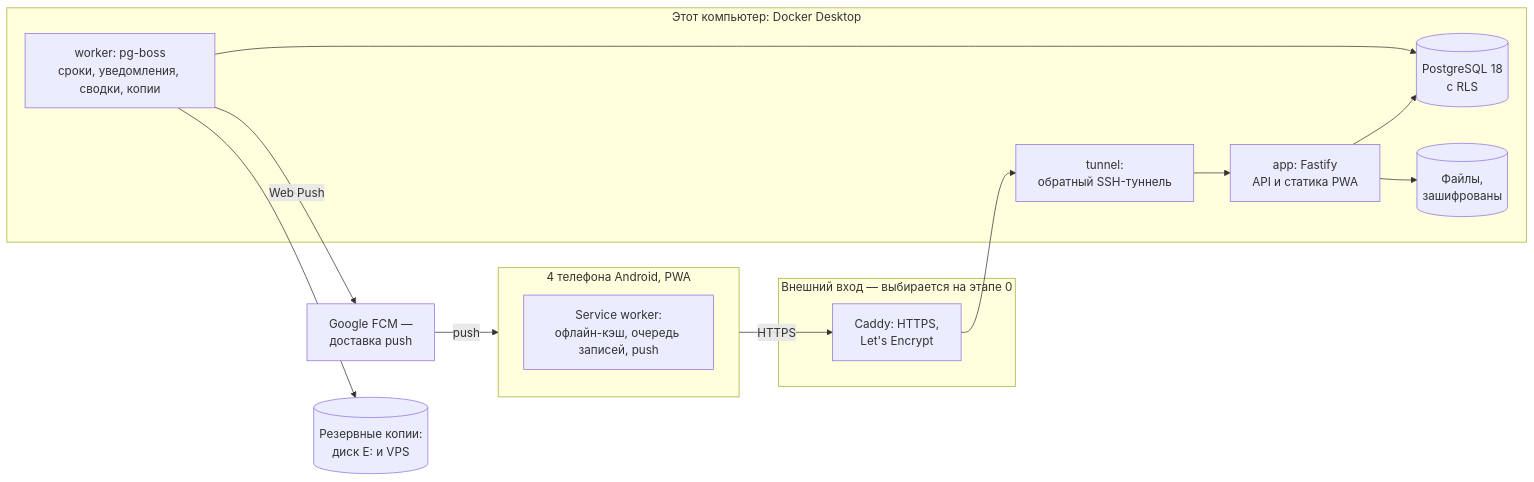
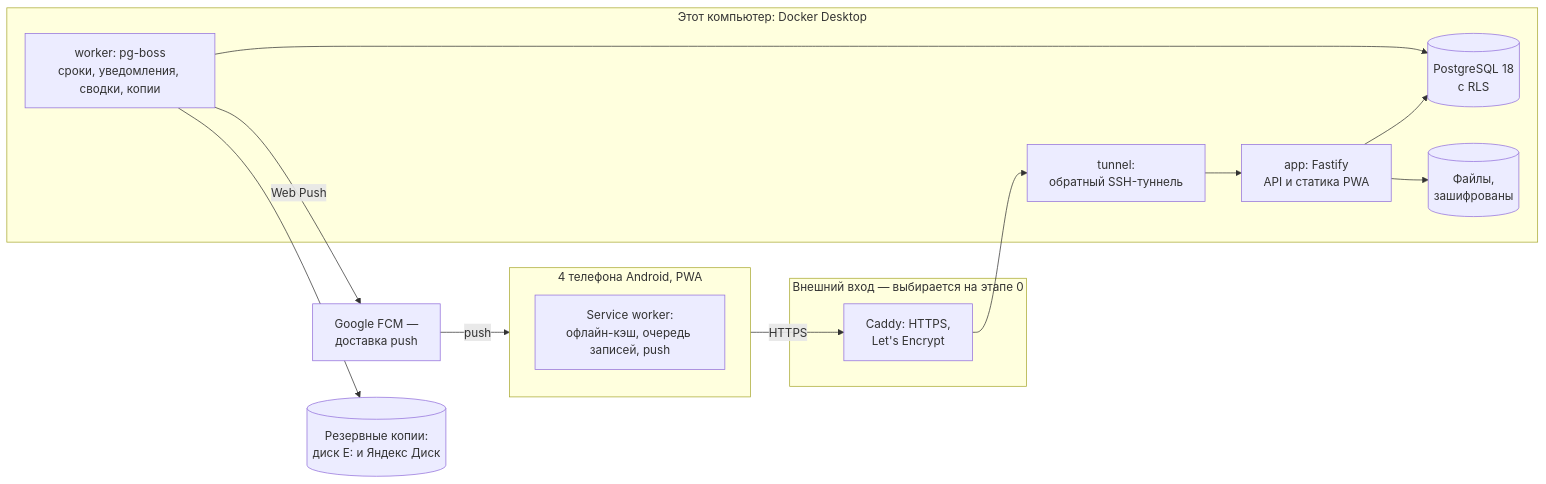
The diagram in docs/03-dev-plan.md (gidraq-jpg/HomeCRM), drawn with Mermaid before and after one commit. The commit also changed other lines of this file and 18 other files, not shown here.

First line of the commit message:
R0.11: Яндекс Диск вместо Google Диска как второе место копий

````diff
--- a/docs/03-dev-plan.md
+++ b/docs/03-dev-plan.md
@@ -65,24 +65,24 @@
 ```mermaid
 flowchart LR
   subgraph Phones["4 телефона Android, PWA"]
     SW["Service worker:<br/>офлайн-кэш, очередь записей, push"]
   end
   subgraph Edge["Внешний вход — выбирается на этапе 0"]
     CADDY["Caddy: HTTPS,<br/>Let's Encrypt"]
   end
   subgraph PC["Этот компьютер: Docker Desktop"]
     TUN["tunnel:<br/>обратный SSH-туннель"]
     APP["app: Fastify<br/>API и статика PWA"]
     WRK["worker: pg-boss<br/>сроки, уведомления, сводки, копии"]
     DB[("PostgreSQL 18<br/>с RLS")]
     FILES[("Файлы,<br/>зашифрованы")]
   end
   FCM["Google FCM —<br/>доставка push"]
-  BK[("Резервные копии:<br/>диск E: и VPS")]
+  BK[("Резервные копии:<br/>диск E: и Яндекс Диск")]
   Phones -->|HTTPS| CADDY --> TUN --> APP
   APP --> DB
   APP --> FILES
   WRK --> DB
   WRK -->|Web Push| FCM -->|push| Phones
   WRK --> BK
 ```
````
